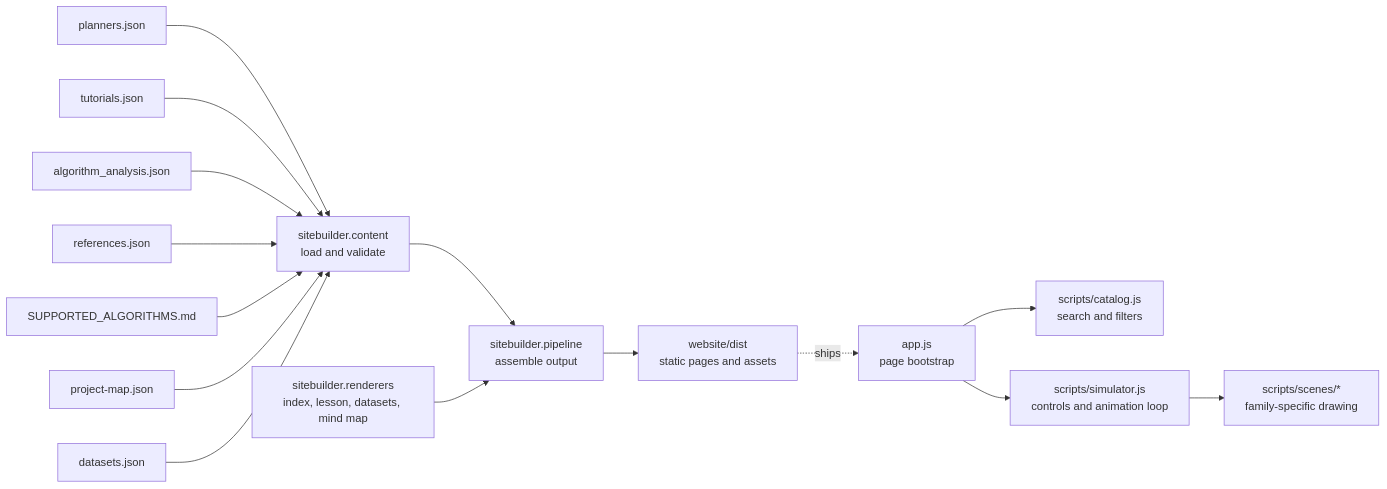
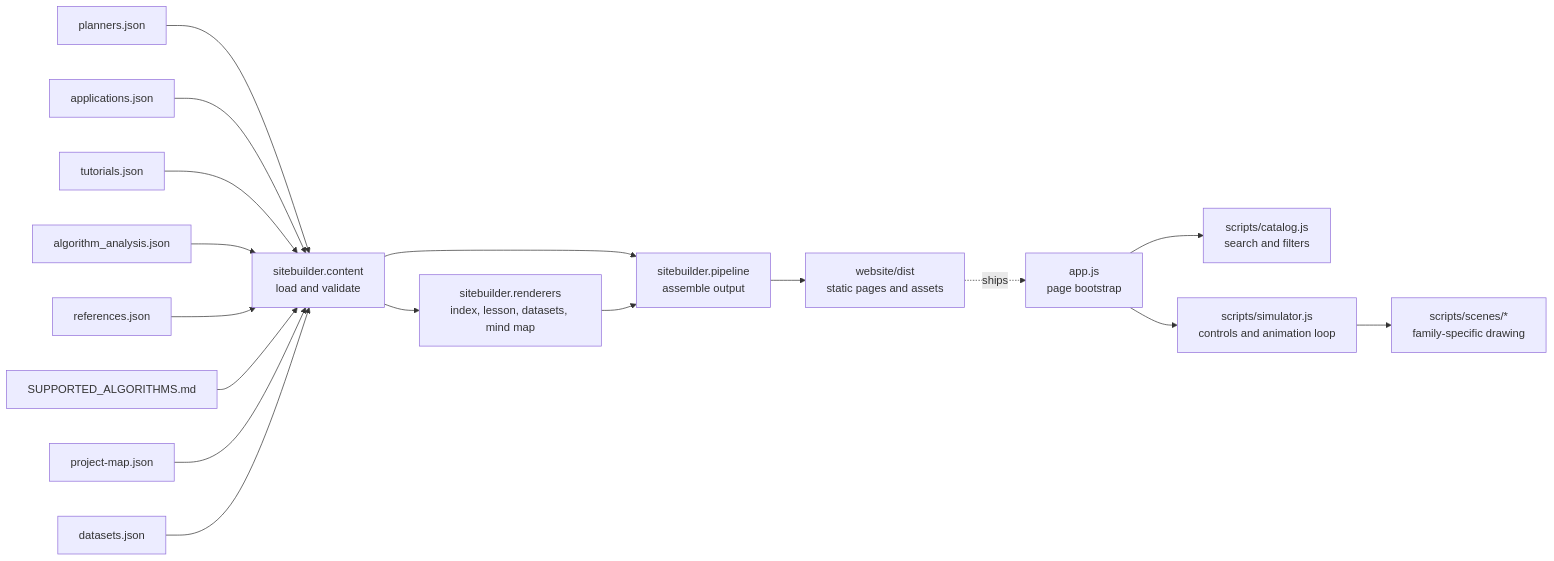
One commit to damminhtien/pathplanning changed the diagram in website/ARCHITECTURE.md. Above: the diagram before and after it, drawn with Mermaid. The commit also changed other lines of this file and 9 other files, not shown here.

````diff
--- a/website/ARCHITECTURE.md
+++ b/website/ARCHITECTURE.md
@@ -5,33 +5,36 @@
 ```mermaid
 flowchart LR
   PlannerData[planners.json]
   TutorialData[tutorials.json]
   AnalysisData[algorithm_analysis.json]
   References[references.json]
+  Applications[applications.json]
   Registry[SUPPORTED_ALGORITHMS.md]
   MapData[project-map.json]
   DatasetData[datasets.json]
   Content[sitebuilder.content\nload and validate]
   Build[sitebuilder.pipeline\nassemble output]
   PageRenderers[sitebuilder.renderers\nindex, lesson, datasets, mind map]
   Dist[website/dist\nstatic pages and assets]
   Browser[app.js\npage bootstrap]
   Catalog[scripts/catalog.js\nsearch and filters]
   Simulator[scripts/simulator.js\ncontrols and animation loop]
   Scenes[scripts/scenes/*\nfamily-specific drawing]
 
   PlannerData --> Content
+  Applications --> Content
   TutorialData --> Content
   AnalysisData --> Content
   References --> Content
   Registry --> Content
   MapData --> Content
   DatasetData --> Content
   Content --> Build
+  Content --> PageRenderers
   PageRenderers --> Build
   Build --> Dist
   Browser --> Catalog
   Browser --> Simulator
   Simulator --> Scenes
   Dist -. ships .-> Browser
 ```
````
